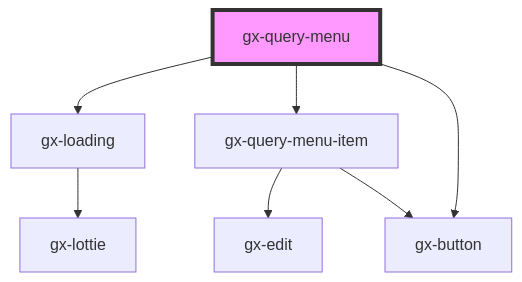
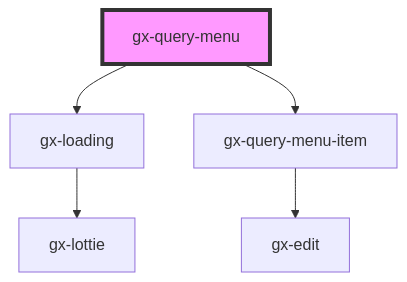
One commit to genexuslabs/reporting-controls-library changed the diagram in src/components/gx-query/query-menu/readme.md. Above: the diagram before and after it, drawn with Mermaid. The commit also changed other lines of this file and 29 other files, not shown here.

````diff
--- a/src/components/gx-query/query-menu/readme.md
+++ b/src/components/gx-query/query-menu/readme.md
@@ -38,10 +47,8 @@
 ```mermaid
 graph TD;
   gx-query-menu --> gx-loading
   gx-query-menu --> gx-query-menu-item
-  gx-query-menu --> gx-button
   gx-loading --> gx-lottie
   gx-query-menu-item --> gx-edit
-  gx-query-menu-item --> gx-button
   style gx-query-menu fill:#f9f,stroke:#333,stroke-width:4px
 ```
````
